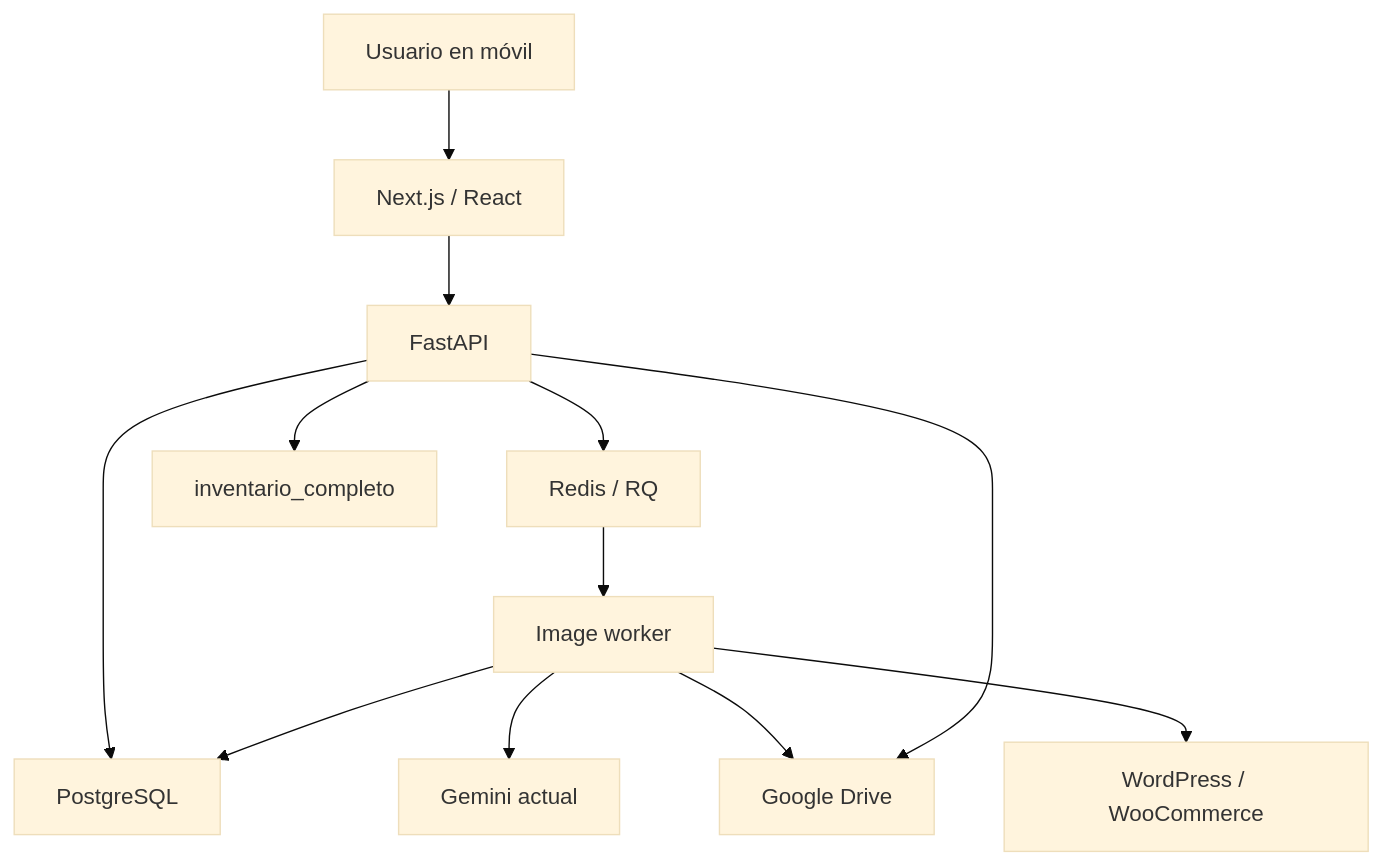
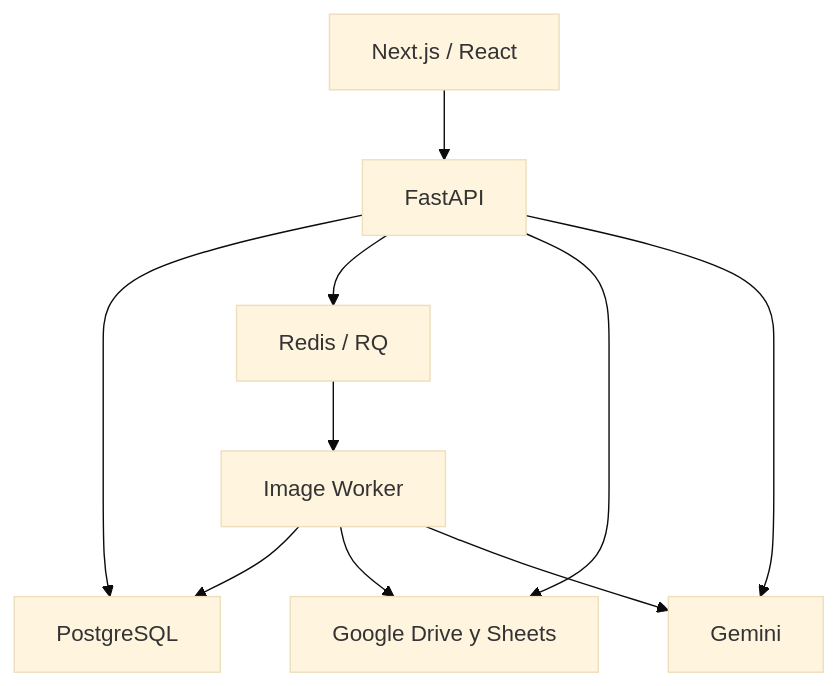
One commit to MisterReto/suite-ecommerce-ia changed the diagram in docs/ARCHITECTURE.md. Above: the diagram before and after it, drawn with Mermaid (base theme). The commit also changed other lines of this file and 146 other files, not shown here.

````diff
--- a/docs/ARCHITECTURE.md
+++ b/docs/ARCHITECTURE.md
@@ -20,14 +5,12 @@
 ```mermaid
 flowchart TD
-  U[Usuario en móvil] --> F[Next.js / React]
-  F --> A[FastAPI]
-  A --> P[PostgreSQL]
-  A --> R[Redis / RQ]
-  R --> W[Image worker]
+  F["Next.js / React"] --> A["FastAPI"]
+  A --> P["PostgreSQL"]
+  A --> R["Redis / RQ"]
+  R --> W["Image Worker"]
   W --> P
-  W --> I[Gemini actual]
-  W --> D[Google Drive]
-  A --> D
-  A --> S[inventario_completo]
-  W --> E[WordPress / WooCommerce]
+  A --> G["Google Drive y Sheets"]
+  W --> G
+  A --> M["Gemini"]
+  W --> M
 ```
````
